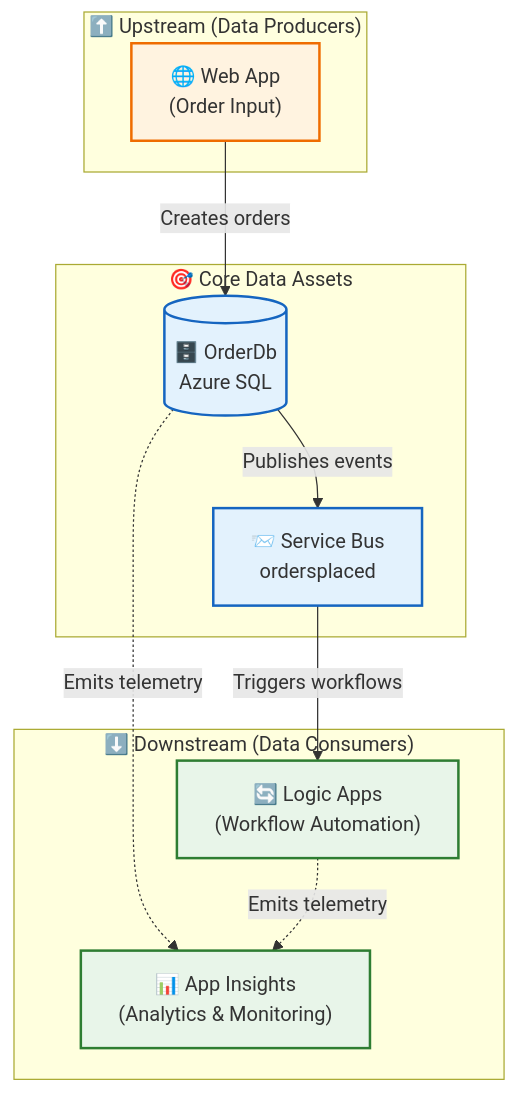
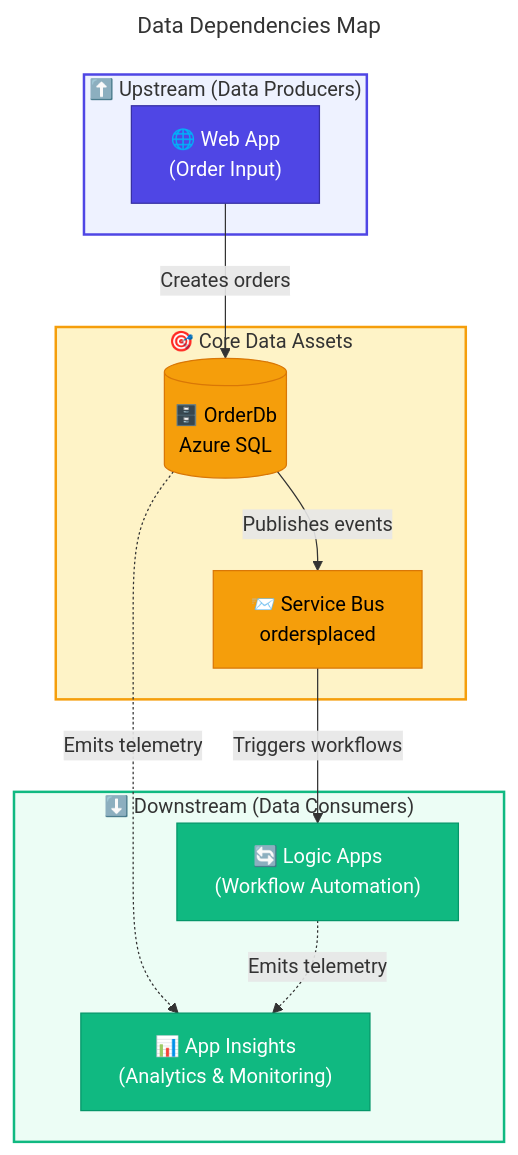
One commit to Evilazaro/Azure-LogicApps-Monitoring changed the sixth of 6 diagrams in docs/architecture/02-data-architecture.md. Above: the diagram before and after it, drawn with Mermaid. The commit also changed other lines of this file, not shown here.

Commit message:
feat: Update data architecture diagrams with enhanced flow, connections, and visual styles

````diff
--- a/docs/architecture/02-data-architecture.md
+++ b/docs/architecture/02-data-architecture.md
@@ -315,30 +364,44 @@
 ```mermaid
+---
+title: Data Dependencies Map
+---
 flowchart TD
+    %% ===== UPSTREAM (DATA PRODUCERS) =====
     subgraph Upstream["⬆️ Upstream (Data Producers)"]
         WebApp["🌐 Web App<br/>(Order Input)"]
     end
 
-    subgraph Core["🎯 Core Data Assets"]
+    %% ===== CORE DATA ASSETS =====
+    subgraph CoreAssets["🎯 Core Data Assets"]
         OrderDb[("🗄️ OrderDb<br/>Azure SQL")]
         EventBus["📨 Service Bus<br/>ordersplaced"]
     end
 
+    %% ===== DOWNSTREAM (DATA CONSUMERS) =====
     subgraph Downstream["⬇️ Downstream (Data Consumers)"]
         LogicApp["🔄 Logic Apps<br/>(Workflow Automation)"]
         AppInsights["📊 App Insights<br/>(Analytics & Monitoring)"]
     end
 
+    %% ===== CONNECTIONS =====
     WebApp -->|"Creates orders"| OrderDb
     OrderDb -->|"Publishes events"| EventBus
     EventBus -->|"Triggers workflows"| LogicApp
     OrderDb -.->|"Emits telemetry"| AppInsights
     LogicApp -.->|"Emits telemetry"| AppInsights
 
-    classDef upstream fill:#fff3e0,stroke:#ef6c00,stroke-width:2px
-    classDef core fill:#e3f2fd,stroke:#1565c0,stroke-width:2px
-    classDef downstream fill:#e8f5e9,stroke:#2e7d32,stroke-width:2px
+    %% ===== STYLES - NODE CLASSES =====
+    classDef primary fill:#4F46E5,stroke:#3730A3,color:#FFFFFF
+    classDef datastore fill:#F59E0B,stroke:#D97706,color:#000000
+    classDef secondary fill:#10B981,stroke:#059669,color:#FFFFFF
 
-    class WebApp upstream
-    class OrderDb,EventBus core
-    class LogicApp,AppInsights downstream
+    %% ===== CLASS ASSIGNMENTS =====
+    class WebApp primary
+    class OrderDb,EventBus datastore
+    class LogicApp,AppInsights secondary
+
+    %% ===== SUBGRAPH STYLES =====
+    style Upstream fill:#EEF2FF,stroke:#4F46E5,stroke-width:2px
+    style CoreAssets fill:#FEF3C7,stroke:#F59E0B,stroke-width:2px
+    style Downstream fill:#ECFDF5,stroke:#10B981,stroke-width:2px
 ```
````
